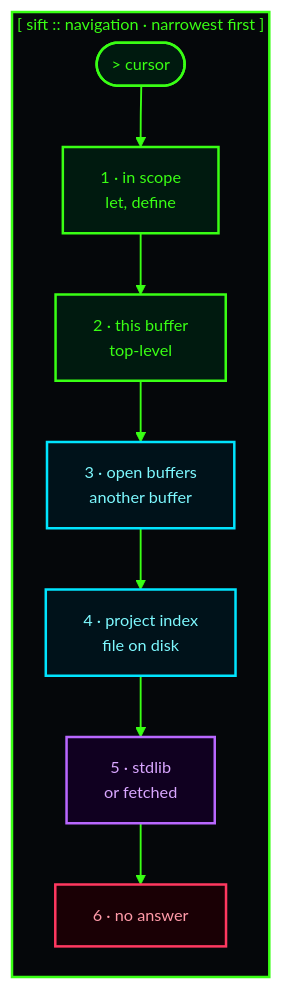
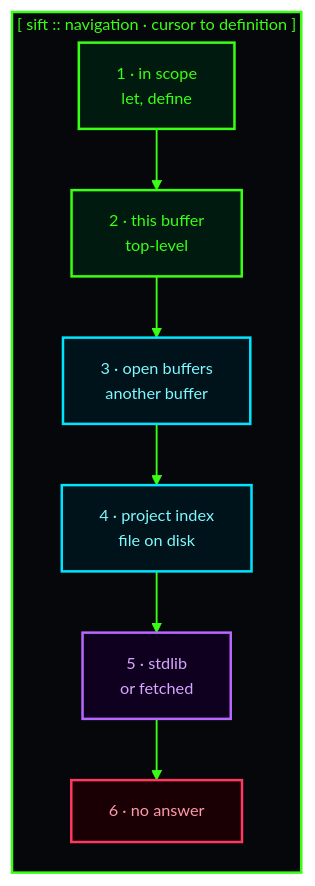
The first of 5 diagrams in doc/diagrams.md (jjba23/sift), drawn with Mermaid before and after one commit. The commit also changed other lines of this file and 4 other files, not shown here.

First line of the commit message:
docs(diagrams): lay every diagram out as a row, not a column

````diff
--- a/doc/diagrams.md
+++ b/doc/diagrams.md
@@ -20,32 +20,30 @@
 ```mermaid
 %%{init: {"theme": "base", "themeVariables": {"darkMode": true, "fontFamily": "monospace", "fontSize": "13px", "background": "#05070a", "mainBkg": "#05070a", "primaryColor": "#05070a", "primaryTextColor": "#39ff14", "primaryBorderColor": "#39ff14", "secondaryColor": "#0b0f14", "tertiaryColor": "#0b0f14", "lineColor": "#39ff14", "textColor": "#c9ffd4", "edgeLabelBackground": "#05070a", "clusterBkg": "#0b0f14", "clusterBorder": "#00e5ff"}, "flowchart": {"wrappingWidth": 340, "nodeSpacing": 16, "rankSpacing": 24}}}%%
 flowchart LR
     classDef ttyCore fill:#001a0f,stroke:#39ff14,stroke-width:2px,color:#39ff14
     classDef ttyIndex fill:#00121a,stroke:#00e5ff,stroke-width:2px,color:#7df9ff
     classDef ttyLib fill:#100020,stroke:#b967ff,stroke-width:2px,color:#d9a6ff
     classDef ttyBad fill:#1a0005,stroke:#ff3860,stroke-width:2px,color:#ff9aa9
 
-    subgraph canvas ["[ sift :: navigation · narrowest first ]"]
-        A(["> cursor"])
+    subgraph canvas ["[ sift :: navigation · cursor to definition ]"]
         C["1 · in scope<br/>let, define"]
         E["2 · this buffer<br/>top-level"]
         G["3 · open buffers<br/>another buffer"]
         I["4 · project index<br/>file on disk"]
         K["5 · stdlib<br/>or fetched"]
         M["6 · no answer"]
 
-        A --> C
         C --> E
         E --> G
         G --> I
         I --> K
         K --> M
     end
 
-    class A,C,E ttyCore
+    class C,E ttyCore
     class G,I ttyIndex
     class K ttyLib
     class M ttyBad
     style canvas fill:#05070a,stroke:#39ff14,stroke-width:2px,color:#39ff14
     linkStyle default stroke:#39ff14,stroke-width:1.5px
 ```
````
